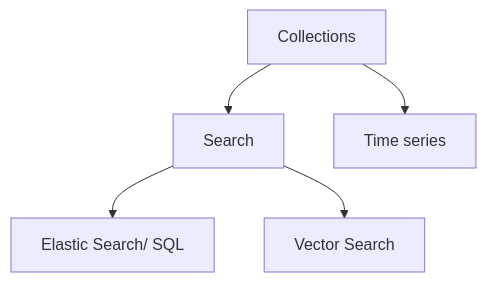
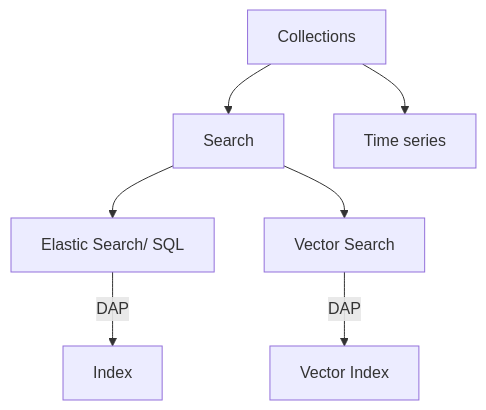
The second of 2 diagrams in reports/serverless.md (risan-raja/bedrock), drawn with Mermaid before and after one commit. The commit also changed other lines of this file and 1 other file, not shown here.

````diff
--- a/reports/serverless.md
+++ b/reports/serverless.md
@@ -36,7 +36,9 @@
 ```mermaid
 flowchart TD
     A[Collections] --> AA[Search]
     A --> AB[Time series]
     AA --> AAA[Elastic Search/ SQL]
     AA --> AAB[Vector Search]
+    AAA --> |DAP| AABA[Index]
+    AAB --> |DAP| AABB[Vector Index]
 ```
````
